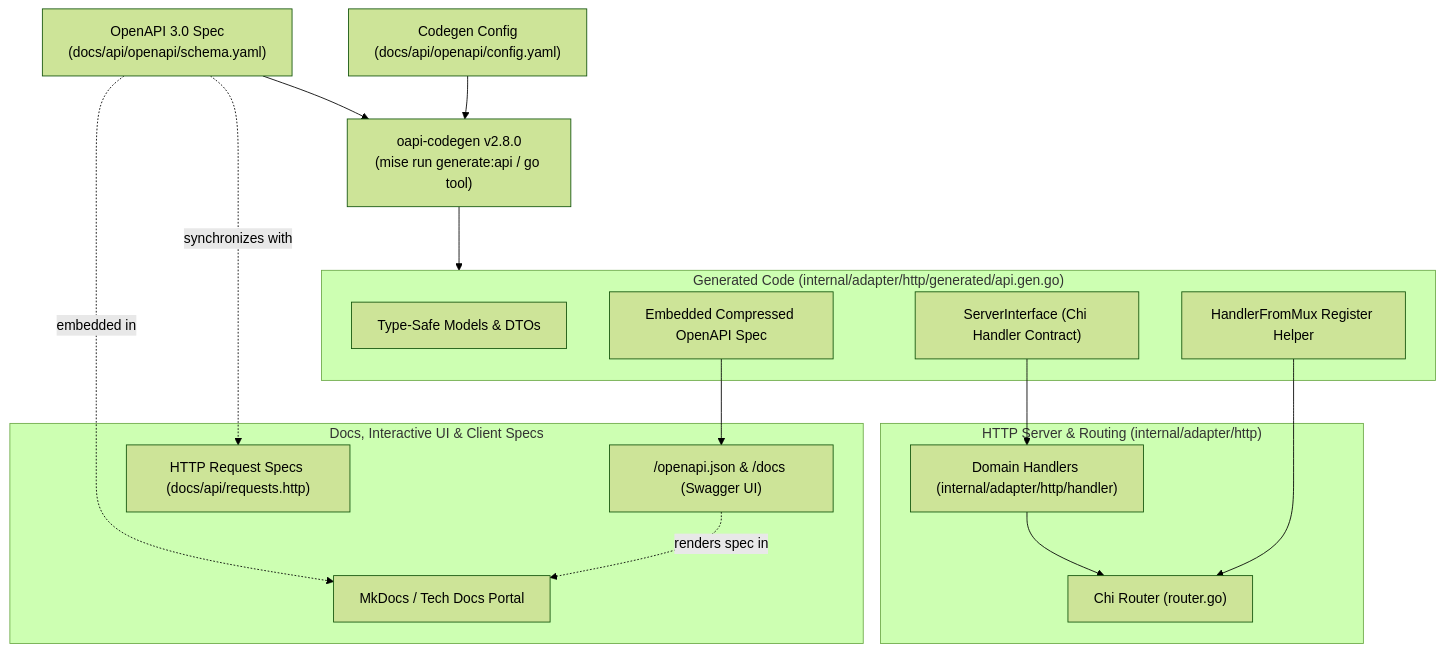
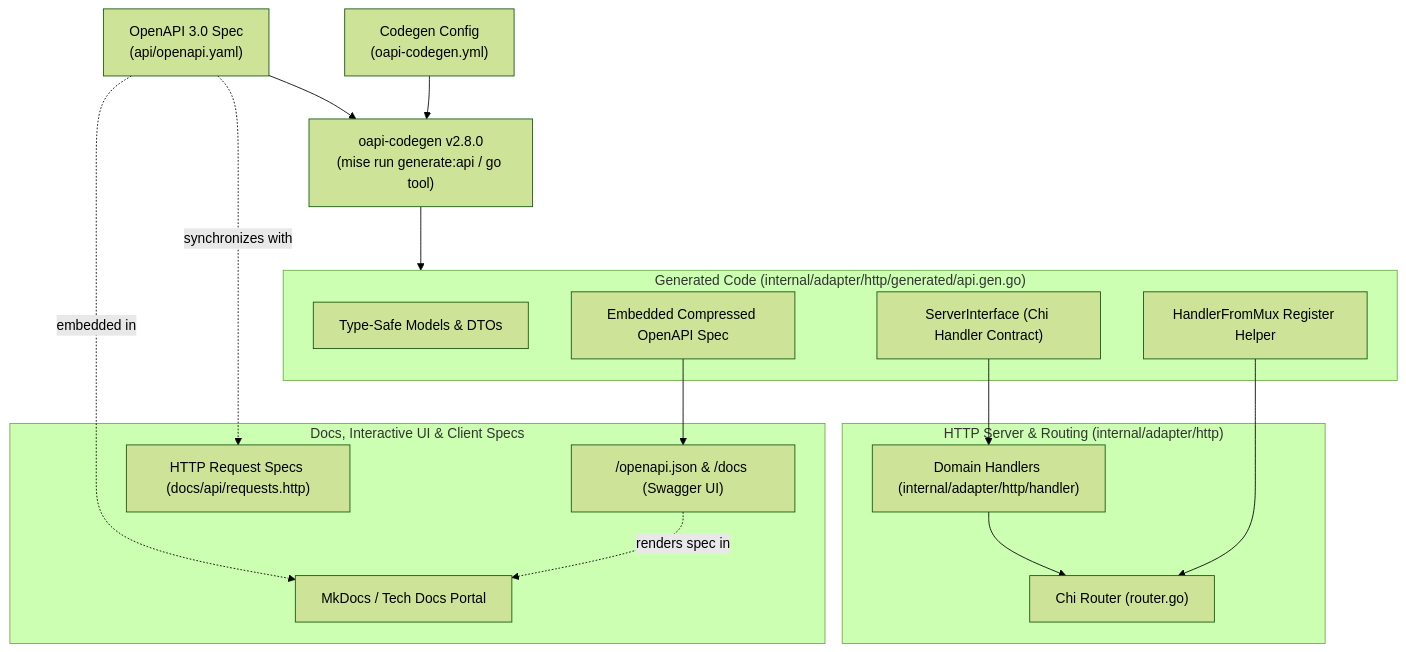
One commit to netologist/go-service-template changed the diagram in docs/decisions/0002-openapi-spec-first-architecture.md. Above: the diagram before and after it, drawn with Mermaid (forest theme). The commit also changed other lines of this file and 21 other files, not shown here.

````diff
--- a/docs/decisions/0002-openapi-spec-first-architecture.md
+++ b/docs/decisions/0002-openapi-spec-first-architecture.md
@@ -24,37 +24,37 @@
 ```mermaid
 graph TD
-    Spec["OpenAPI 3.0 Spec<br/>(docs/api/openapi/schema.yaml)"]
-    Config["Codegen Config<br/>(docs/api/openapi/config.yaml)"]
+    Spec["OpenAPI 3.0 Spec<br/>(api/openapi.yaml)"]
+    Config["Codegen Config<br/>(oapi-codegen.yml)"]
     Oapi["oapi-codegen v2.8.0<br/>(mise run generate:api / go tool)"]
 
     subgraph Generated ["Generated Code (internal/adapter/http/generated/api.gen.go)"]
         Models["Type-Safe Models & DTOs"]
         ServerInterface["ServerInterface (Chi Handler Contract)"]
         HandlerMux["HandlerFromMux Register Helper"]
         EmbeddedSpec["Embedded Compressed OpenAPI Spec"]
     end
 
     subgraph Server ["HTTP Server & Routing (internal/adapter/http)"]
         Router["Chi Router (router.go)"]
         Handlers["Domain Handlers (internal/adapter/http/handler)"]
     end
 
     subgraph DocsAndClients ["Docs, Interactive UI & Client Specs"]
         SwaggerEndpoint["/openapi.json & /docs (Swagger UI)"]
         HttpRequests["HTTP Request Specs (docs/api/requests.http)"]
         MkDocs["MkDocs / Tech Docs Portal"]
     end
 
     Spec --> Oapi
     Config --> Oapi
     Oapi --> Generated
 
     ServerInterface --> Handlers
     Handlers --> Router
     HandlerMux --> Router
     EmbeddedSpec --> SwaggerEndpoint
 
     Spec -.->|"synchronizes with"| HttpRequests
     Spec -.->|"embedded in"| MkDocs
     SwaggerEndpoint -.->|"renders spec in"| MkDocs
 ```
````
